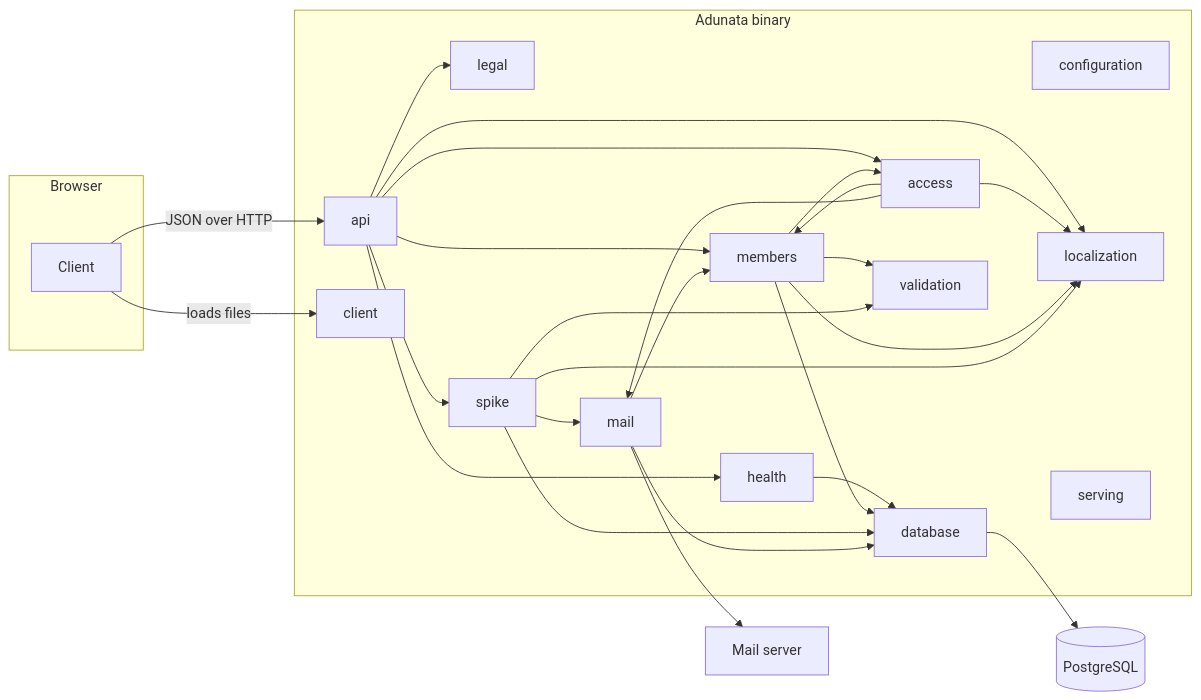
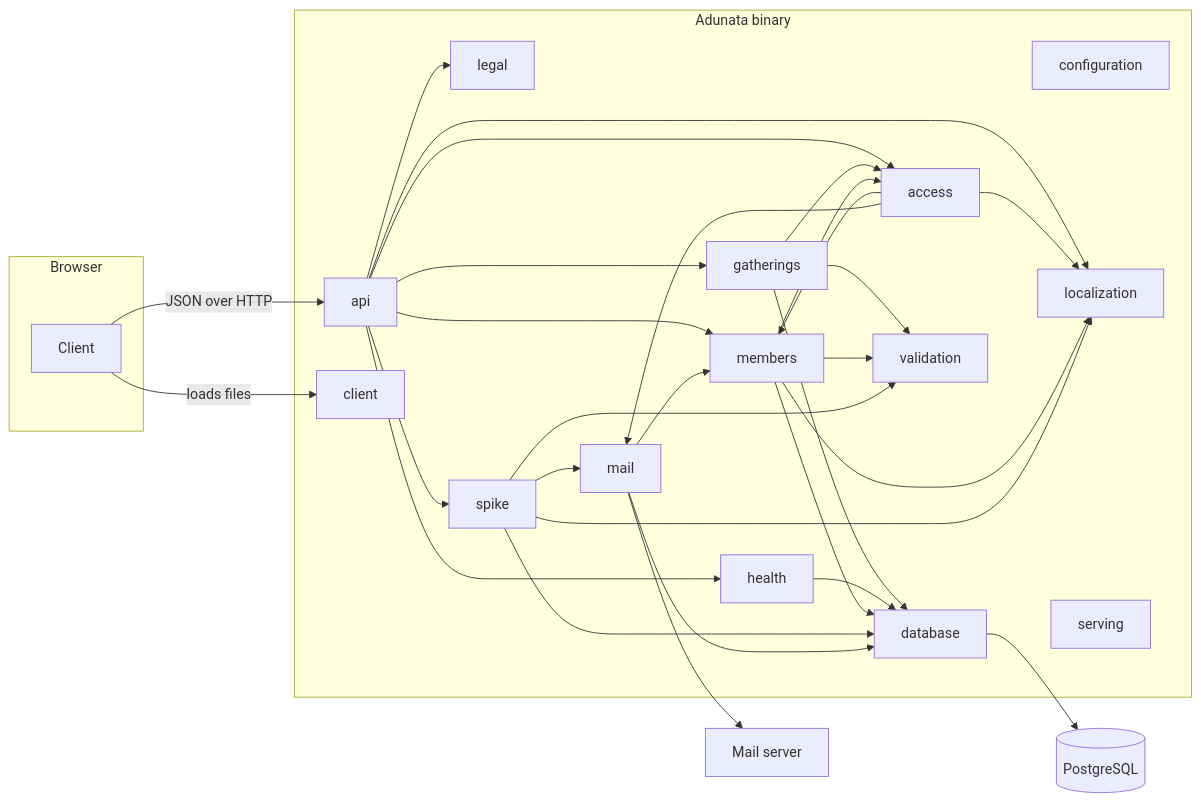
The diagram in docs/arc42/05-building-block-view.md (kammerchor-wernigerode/adunata), drawn with Mermaid before and after one commit. The commit also changed other lines of this file and 1 other file, not shown here.

Commit message:
Describe gatherings in building block view
The building block view adds the module gatherings, which keeps the
span of each gathering and decides with the time zone of the instance
whether it lies ahead or has passed.

````diff
--- a/docs/arc42/05-building-block-view.md
+++ b/docs/arc42/05-building-block-view.md
@@ -7,45 +7,50 @@
 ```mermaid
 flowchart LR
   subgraph browser[Browser]
     client[Client]
   end
   subgraph binary[Adunata binary]
     access[access]
     api[api]
     clientModule[client]
     configuration[configuration]
     database[database]
+    gatherings[gatherings]
     health[health]
     legal[legal]
     localization[localization]
     mail[mail]
     members[members]
     spike[spike]
     serving[serving]
     validation[validation]
   end
   client -- JSON over HTTP --> api
   client -- loads files --> clientModule
   api --> spike
   api --> localization
   api --> health
   api --> legal
   api --> members
   api --> access
+  api --> gatherings
+  gatherings --> access
+  gatherings --> database
+  gatherings --> validation
   access --> members
   access --> mail
   access --> localization
   members --> access
   health --> database
   members --> database
   members --> localization
   members --> validation
   spike --> validation
   mail --> members
   spike --> database
   spike --> mail
   spike --> localization
   mail --> database
   database --> postgres[(PostgreSQL)]
   mail --> smtp[Mail server]
 ```
````
